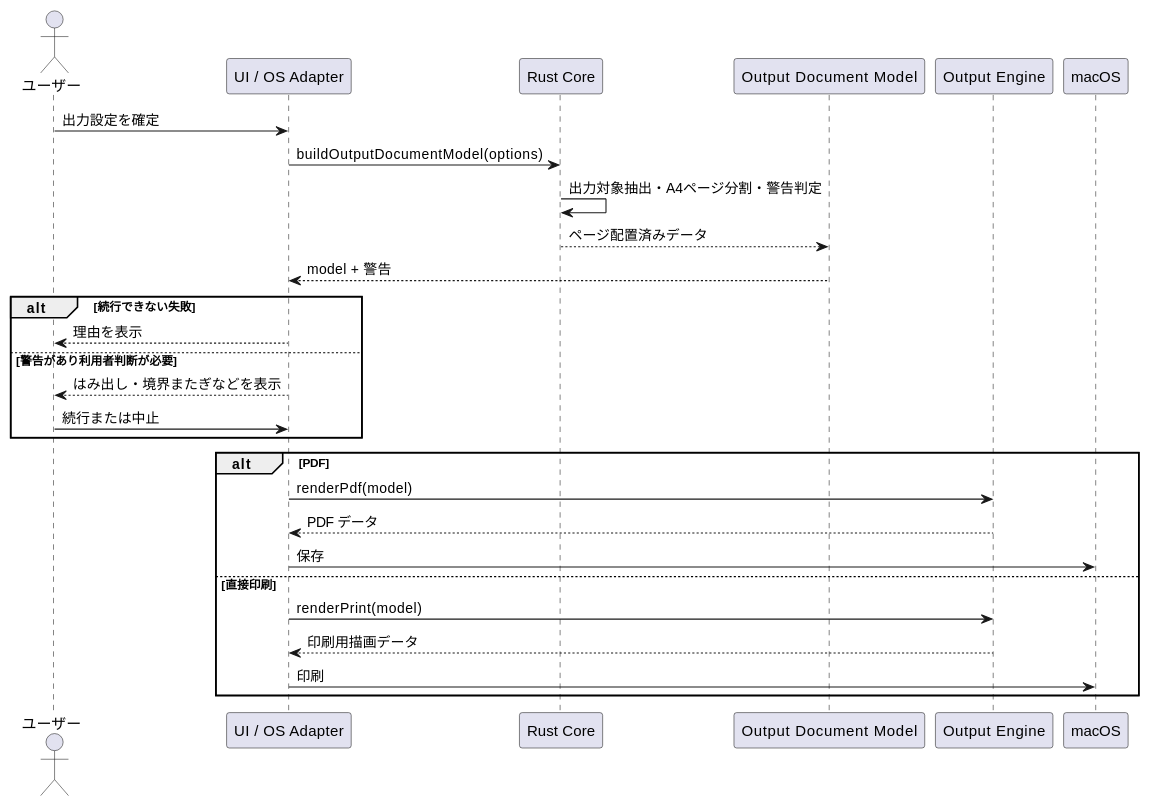
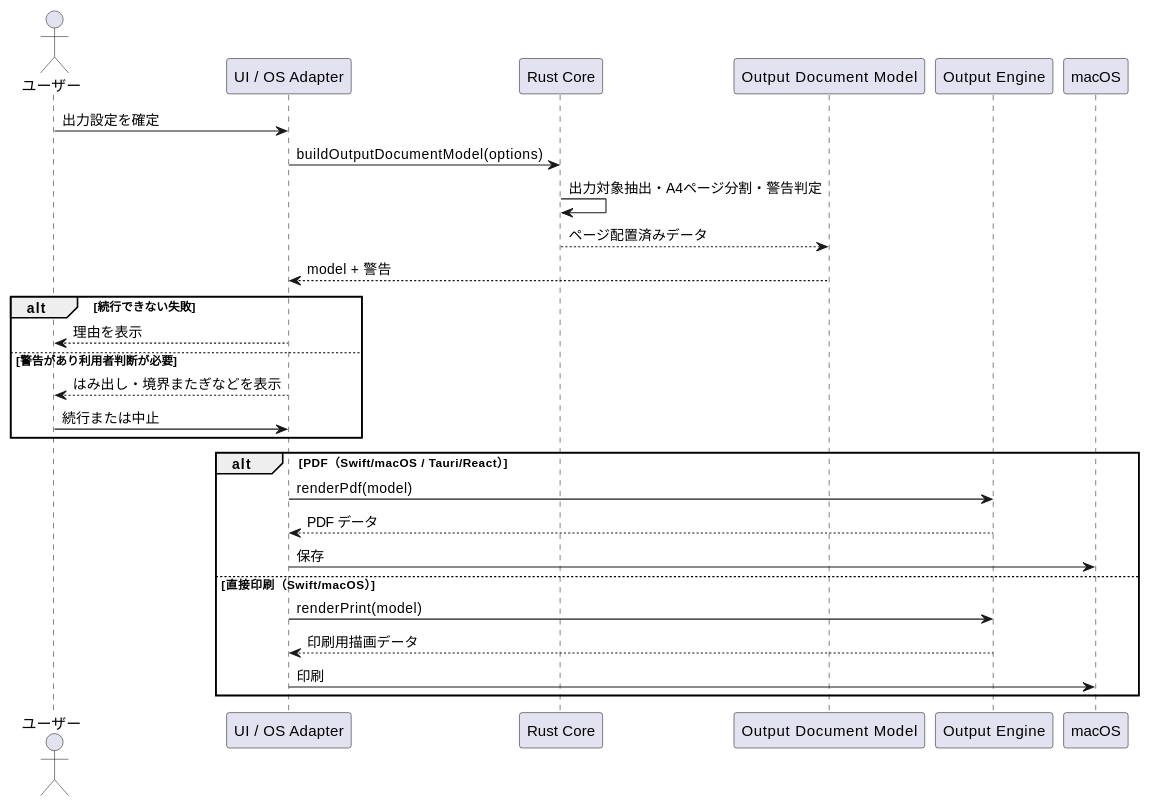
Before and after one commit to t-shin-komae/kawacad: the seventh of 10 diagrams in docs/design/architecture.md, drawn with PlantUML. The commit also changed other lines of this file and 17 other files, not shown here.

````diff
--- a/docs/design/architecture.md
+++ b/docs/design/architecture.md
@@ -378,34 +380,34 @@
 ```plantuml
 @startuml
 skinparam shadowing false
 skinparam responseMessageBelowArrow true
 
 actor "ユーザー" as User
 participant "UI / OS Adapter" as UI
 participant "Rust Core" as Core
 participant "Output Document Model" as Model
 participant "Output Engine" as Engine
 participant "macOS" as OS
 
     User->UI: 出力設定を確定
     UI->Core: buildOutputDocumentModel(options)
     Core->Core: 出力対象抽出・A4ページ分割・警告判定
     Core-->Model: ページ配置済みデータ
     Model-->UI: model + 警告
     alt 続行できない失敗
         UI-->User: 理由を表示
     else 警告があり利用者判断が必要
         UI-->User: はみ出し・境界またぎなどを表示
         User->UI: 続行または中止
     end
-    alt PDF
+    alt PDF（Swift/macOS / Tauri/React）
         UI->Engine: renderPdf(model)
         Engine-->UI: PDF データ
         UI->OS: 保存
-    else 直接印刷
+    else 直接印刷（Swift/macOS）
         UI->Engine: renderPrint(model)
         Engine-->UI: 印刷用描画データ
         UI->OS: 印刷
     end
 @enduml
 ```
````
